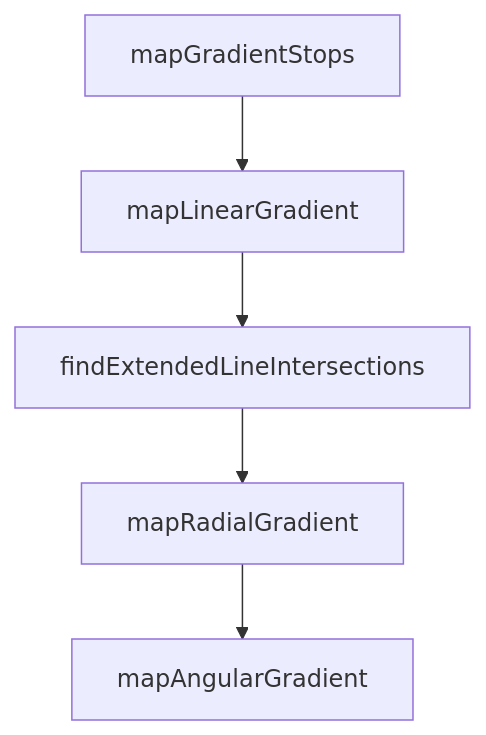
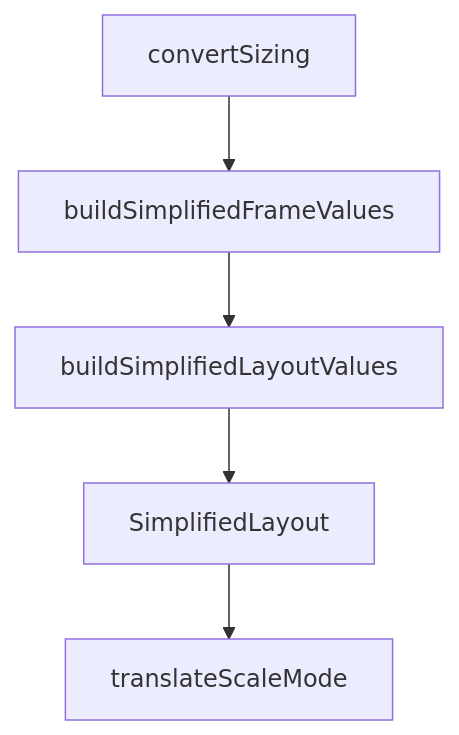
Before and after one commit to johnxie/awesome-code-docs: the diagram in tutorials/figma-context-mcp-tutorial/04-prompt-patterns-for-one-shot-ui-implementation.md, drawn with Mermaid. The commit also changed other lines of this file and 1232 other files, not shown here.

````diff
--- a/tutorials/figma-context-mcp-tutorial/04-prompt-patterns-for-one-shot-ui-implementation.md
+++ b/tutorials/figma-context-mcp-tutorial/04-prompt-patterns-for-one-shot-ui-implementation.md
@@ -206,12 +204,12 @@
 ```mermaid
 flowchart TD
-    A[mapGradientStops]
-    B[mapLinearGradient]
-    C[findExtendedLineIntersections]
-    D[mapRadialGradient]
-    E[mapAngularGradient]
+    A[convertSizing]
+    B[buildSimplifiedFrameValues]
+    C[buildSimplifiedLayoutValues]
+    D[SimplifiedLayout]
+    E[translateScaleMode]
     A --> B
     B --> C
     C --> D
     D --> E
 ```
````
